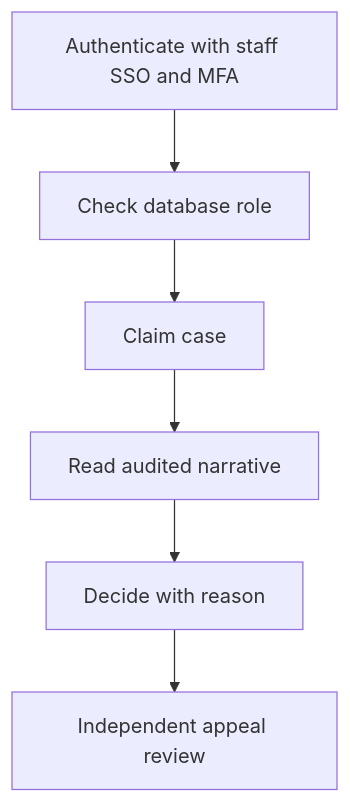
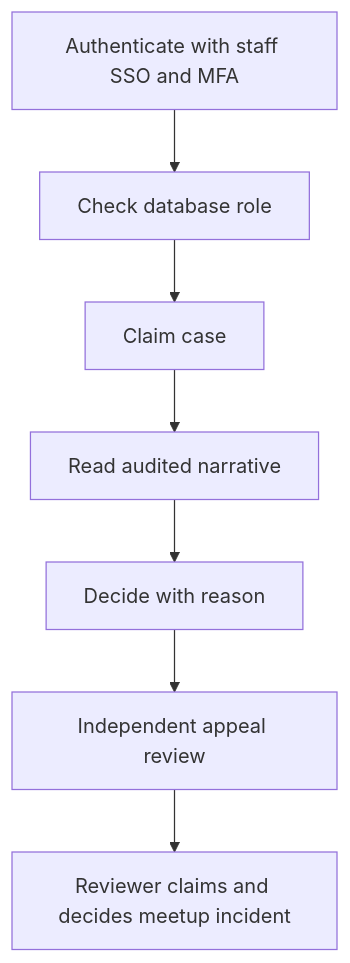
The diagram in docs/handovers/M12.md (thams-geth/dogdating-api), drawn with Mermaid before and after one commit. The commit also changed other lines of this file and 14 other files, not shown here.

Commit message:
feat(admin): add audited meetup incident review queue

````diff
--- a/docs/handovers/M12.md
+++ b/docs/handovers/M12.md
@@ -15,14 +15,16 @@
 ```mermaid
 flowchart TD
   S0["Authenticate with staff SSO and MFA"]
   S1["Check database role"]
   S2["Claim case"]
   S3["Read audited narrative"]
   S4["Decide with reason"]
   S5["Independent appeal review"]
+  S6["Reviewer claims and decides meetup incident"]
   S0 --> S1
   S1 --> S2
   S2 --> S3
   S3 --> S4
   S4 --> S5
+  S5 --> S6
 ```
````
